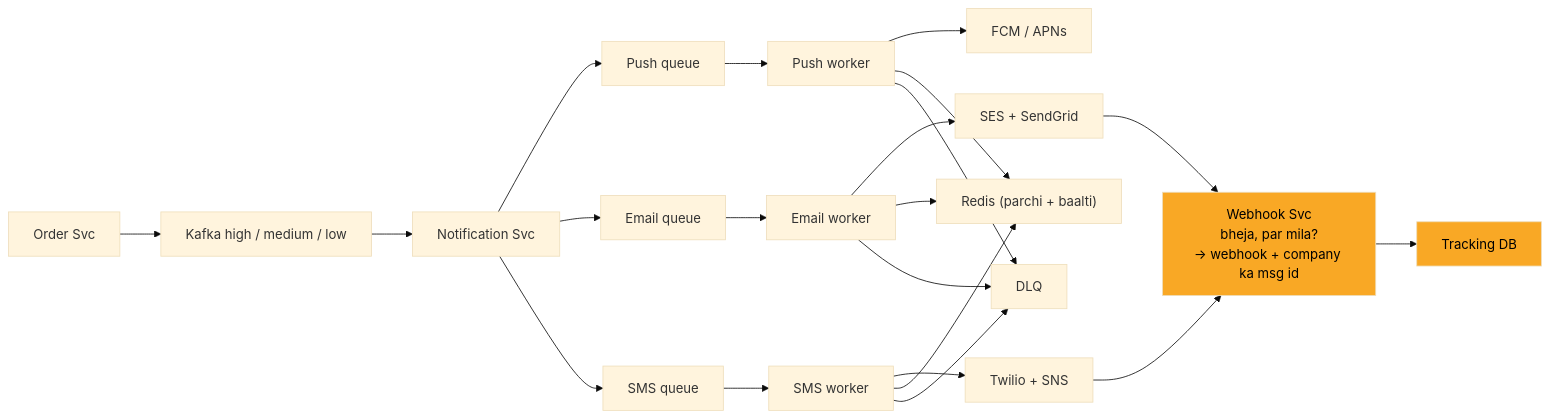
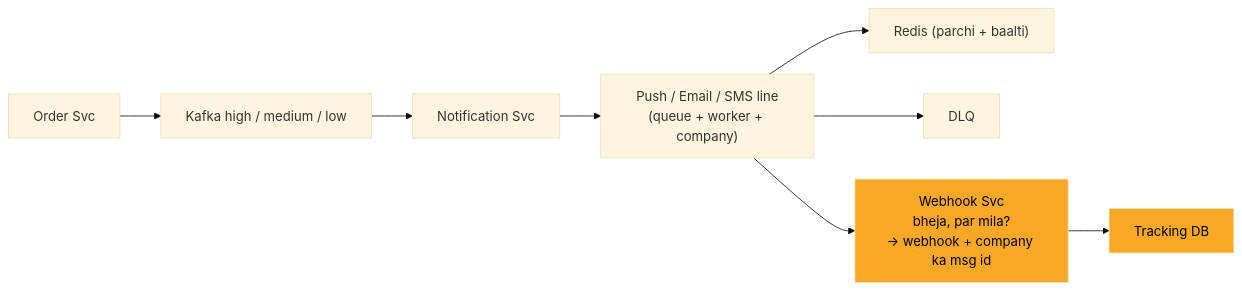
Before and after one commit to ArpanMaheshwari144/Prep: the tenth of 13 diagrams in 04_HLD/SYSTEM_DESIGNS/04_notification_system/04_notification_system.md, drawn with Mermaid (base theme). The commit also changed other lines of this file and 11 other files, not shown here.

Commit message:
hld: card diagrams max 8 boxes (App x N, merged stores/chains; full diagram only in AAKHRI DABBA)

````diff
--- a/04_HLD/SYSTEM_DESIGNS/04_notification_system/04_notification_system.md
+++ b/04_HLD/SYSTEM_DESIGNS/04_notification_system/04_notification_system.md
@@ -488,41 +364,20 @@
 ```mermaid
 flowchart LR
     n_Order_Svc["Order Svc"]
     n_Kafka["Kafka high / medium / low"]
     n_Notification_Svc["Notification Svc"]
-    n_Push_queue["Push queue"]
-    n_Push_worker["Push worker"]
-    n_FCM_APNs["FCM / APNs"]
-    n_Email_queue["Email queue"]
-    n_Email_worker["Email worker"]
-    n_SES["SES + SendGrid"]
-    n_SMS_queue["SMS queue"]
-    n_SMS_worker["SMS worker"]
-    n_Twilio["Twilio + SNS"]
+    n_LINES["Push / Email / SMS line<br/>(queue + worker + company)"]
     n_Redis["Redis (parchi + baalti)"]
     n_DLQ["DLQ"]
     n_Webhook_Svc["Webhook Svc<br/>bheja, par mila?<br/>-> webhook + company ka msg id"]
     n_Tracking_DB["Tracking DB"]
     n_Order_Svc --> n_Kafka
     n_Kafka --> n_Notification_Svc
-    n_Notification_Svc --> n_Push_queue
-    n_Notification_Svc --> n_Email_queue
-    n_Notification_Svc --> n_SMS_queue
-    n_Push_queue --> n_Push_worker
-    n_Push_worker --> n_FCM_APNs
-    n_Email_queue --> n_Email_worker
-    n_Email_worker --> n_SES
-    n_SMS_queue --> n_SMS_worker
-    n_SMS_worker --> n_Twilio
-    n_Push_worker --> n_Redis
-    n_Email_worker --> n_Redis
-    n_SMS_worker --> n_Redis
-    n_Push_worker --> n_DLQ
-    n_Email_worker --> n_DLQ
-    n_SMS_worker --> n_DLQ
-    n_SES --> n_Webhook_Svc
-    n_Twilio --> n_Webhook_Svc
+    n_Notification_Svc --> n_LINES
+    n_LINES --> n_Redis
+    n_LINES --> n_DLQ
+    n_LINES --> n_Webhook_Svc
     n_Webhook_Svc --> n_Tracking_DB
     style n_Webhook_Svc fill:#f9a825,color:#000
     style n_Tracking_DB fill:#f9a825,color:#000
 ```
````
